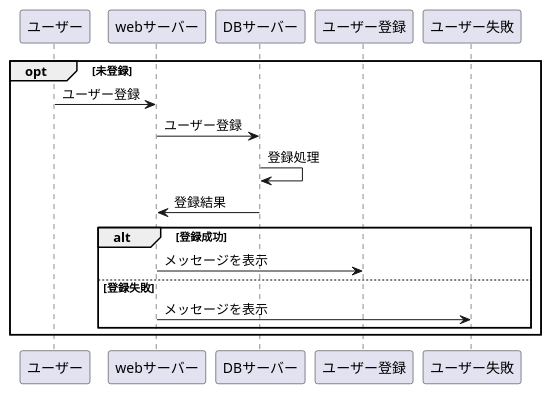
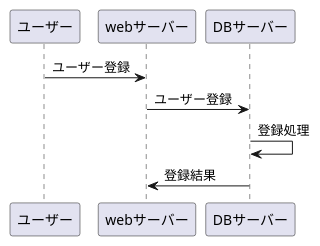
One commit to Aso2001165/2021sys-design-3 changed the diagram in kadai8.md. Above: the diagram before and after it, drawn with PlantUML.

```diff
--- a/kadai8.md
+++ b/kadai8.md
@@ -1,16 +1,8 @@
 @startuml
-opt 未登録
+
 ユーザー -> webサーバー : ユーザー登録
 webサーバー -> DBサーバー : ユーザー登録
 DBサーバー -> DBサーバー : 登録処理
 DBサーバー -> webサーバー : 登録結果
 
-alt 登録成功
-webサーバー -> ユーザー登録:メッセージを表示
-else 登録失敗
-webサーバー -> ユーザー失敗:メッセージを表示
-
-end
-end
-
 @enduml
```
